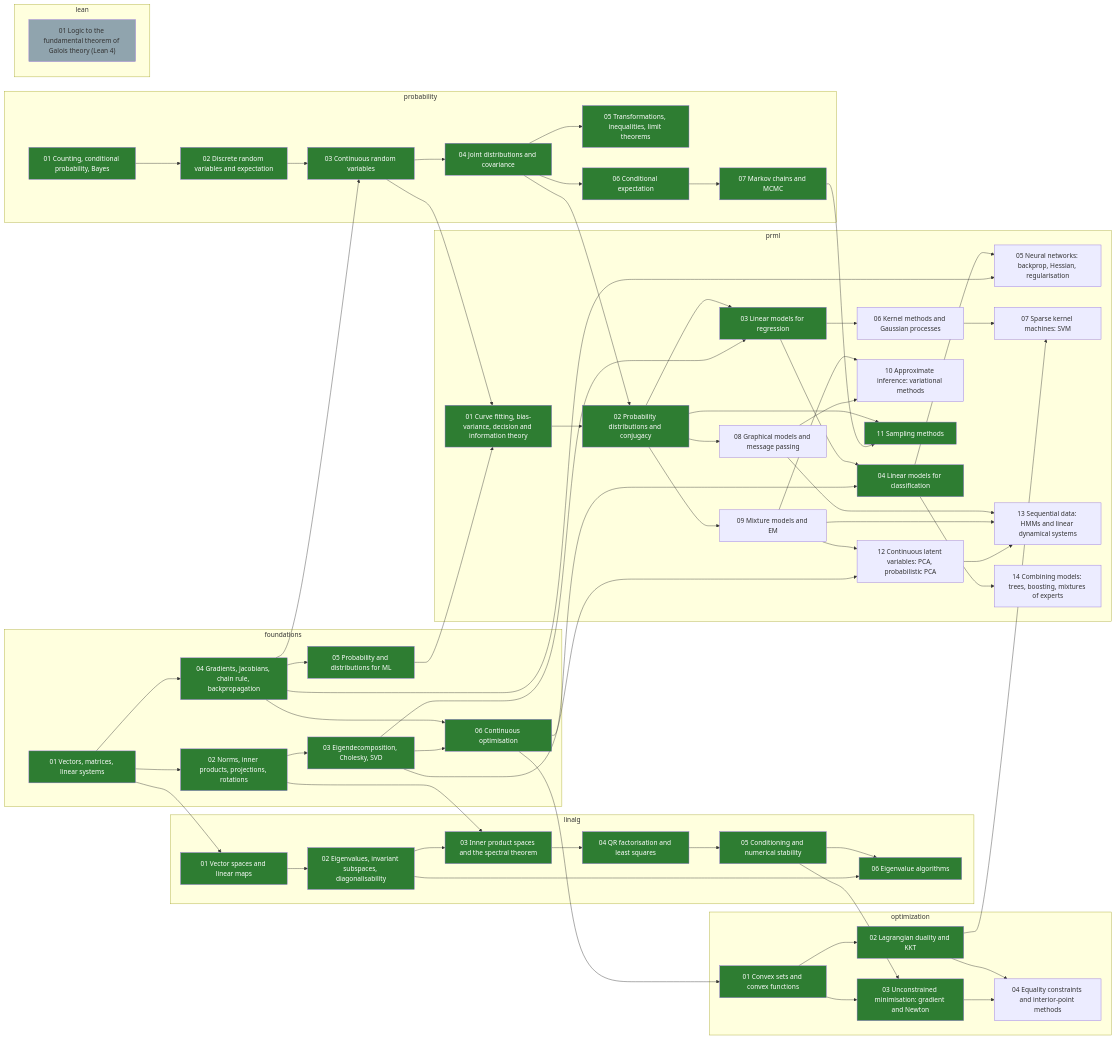
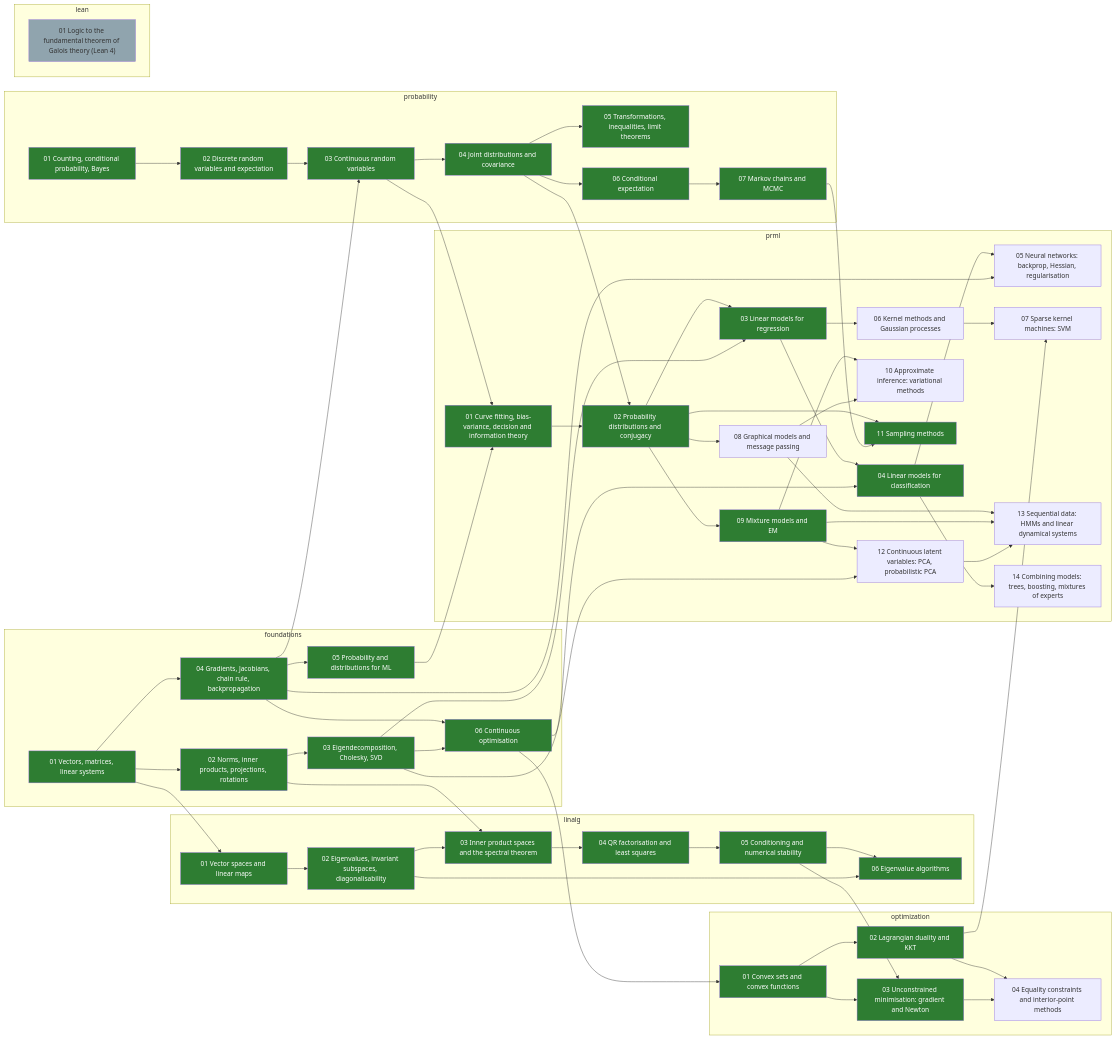
The diagram in skill-tree/README.md (alektebel/learn-stuff-from-scratch), drawn with Mermaid before and after one commit. The commit also changed other lines of this file and 8 other files, not shown here.

First line of the commit message:
math: build prml-09-mixtures-em

```diff
--- a/skill-tree/README.md
+++ b/skill-tree/README.md
@@ -109,7 +109,7 @@
     prml-06-kernels-gps["06 Kernel methods and Gaussian processes"]
     prml-07-svm["07 Sparse kernel machines: SVM"]
     prml-08-graphical-models["08 Graphical models and message passing"]
-    prml-09-mixtures-em["09 Mixture models and EM"]
+    prml-09-mixtures-em["09 Mixture models and EM"]:::done
     prml-10-variational-inference["10 Approximate inference: variational methods"]
     prml-11-sampling["11 Sampling methods"]:::done
     prml-12-latent-continuous["12 Continuous latent variables: PCA, probabilistic PCA"]
```
